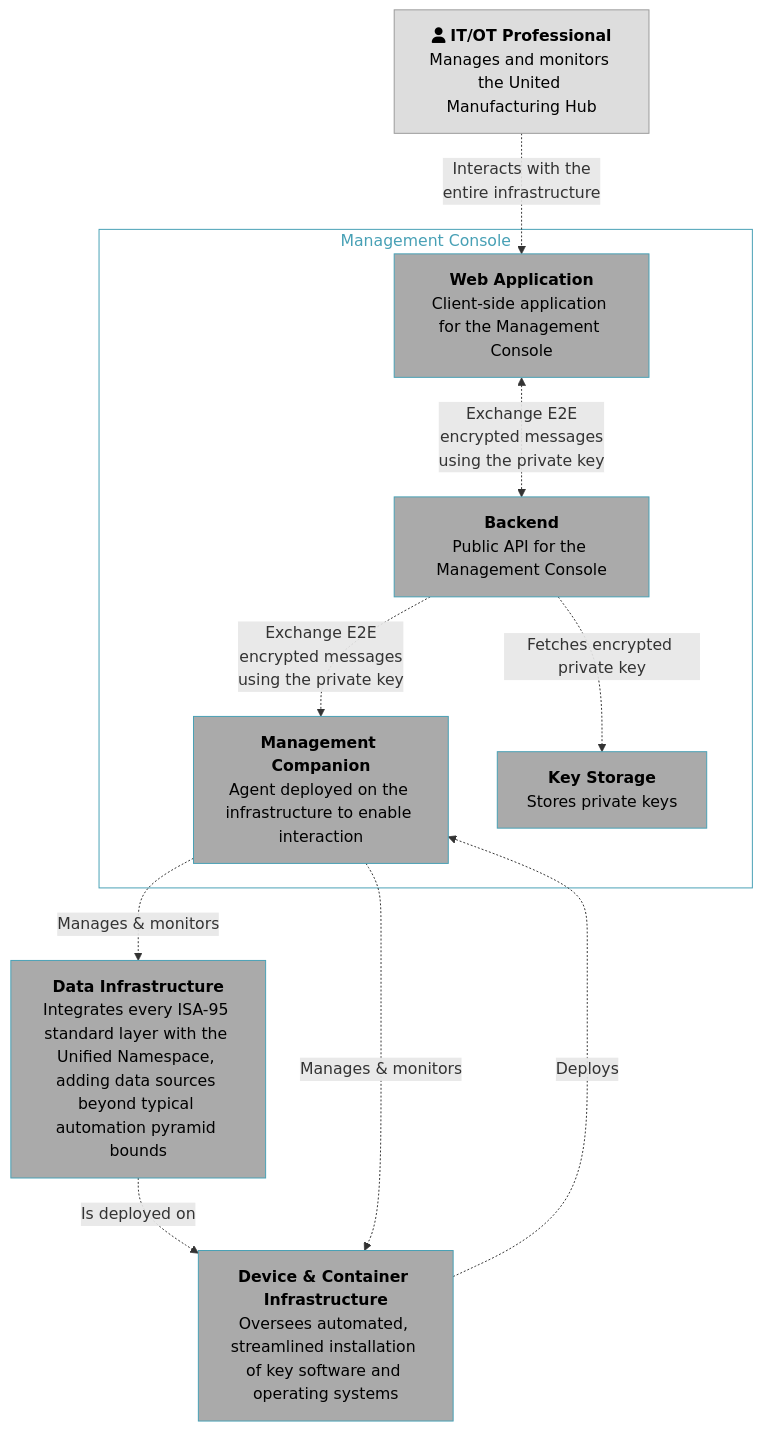
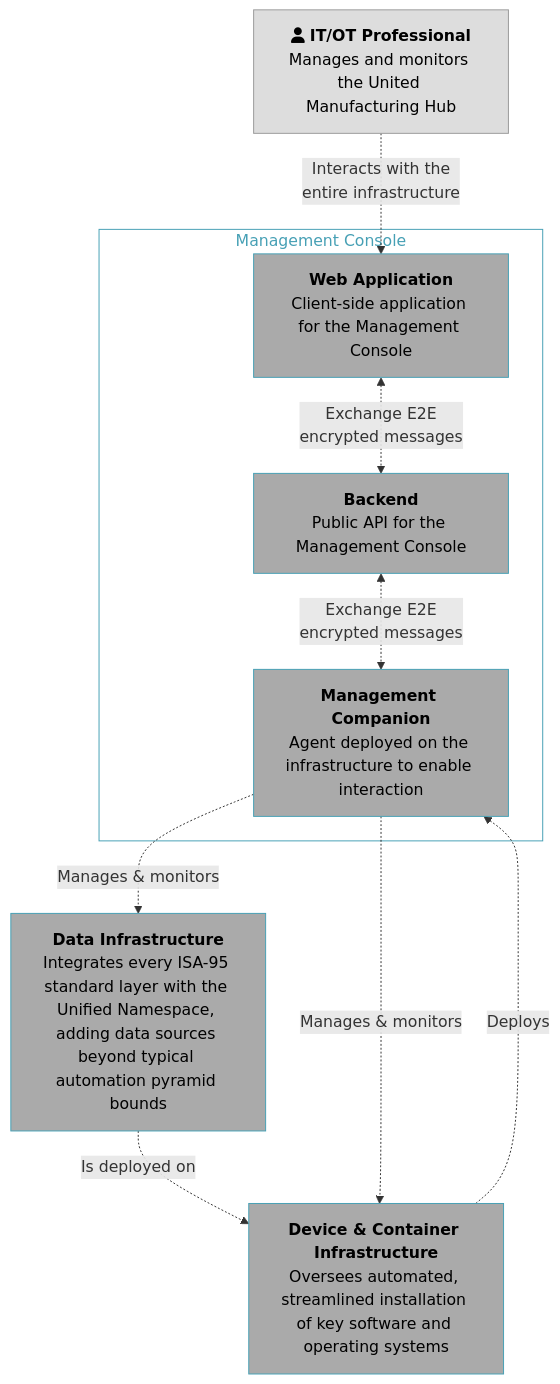
One commit to united-manufacturing-hub/umh.docs.umh.app changed the diagram in umh.docs.umh.app/content/en/docs/architecture/management-console/_index.md. Above: the diagram before and after it, drawn with Mermaid. The commit also changed other lines of this file, not shown here.

Commit message:
Remove key storage and remove private keys mentions

```diff
--- a/umh.docs.umh.app/content/en/docs/architecture/management-console/_index.md
+++ b/umh.docs.umh.app/content/en/docs/architecture/management-console/_index.md
@@ -14,43 +14,37 @@
 {{< mermaid theme="neutral" >}}
 graph TB
   27["`**Device & Container Infrastructure**
   Oversees automated, streamlined installation of key software and operating systems`"]
   style 27 fill:#aaaaaa,stroke:#47a0b5,color:#000000
   50["`**Data Infrastructure**
   Integrates every ISA-95 standard layer with the Unified Namespace, adding data sources beyond typical automation pyramid bounds`"]
   style 50 fill:#aaaaaa,stroke:#47a0b5,color:#000000
   1["`fa:fa-user **IT/OT Professional**
   Manages and monitors the United Manufacturing Hub`"]
   style 1 fill:#dddddd,stroke:#9a9a9a,color:#000000
 
   subgraph 16 [Management Console]
     style 16 fill:#ffffff,stroke:#47a0b5,color:#47a0b5
 
     17["`**Web Application**
     Client-side application for the Management Console`"]
     style 17 fill:#aaaaaa,stroke:#47a0b5,color:#000000
     18["`**Backend**
     Public API for the Management Console`"]
     style 18 fill:#aaaaaa,stroke:#47a0b5,color:#000000
     19["`**Management Companion**
     Agent deployed on the infrastructure to enable interaction`"]
     style 19 fill:#aaaaaa,stroke:#47a0b5,color:#000000
-    20["`**Key Storage**
-    Stores private keys`"]
-    style 20 fill:#aaaaaa,stroke:#47a0b5,color:#000000
   end
 
   50-. Is deployed on .->27
   19-. Manages & monitors .->27
   19-. Manages & monitors .->50
   17<-. Exchange E2E
-  encrypted messages
-  using the private key .->18
-  18-. Fetches encrypted private key .->20
-  18-. Exchange E2E
-  encrypted messages
-  using the private key .->19
+  encrypted messages .->18
+  18<-. Exchange E2E
+  encrypted messages .->19
   1-. Interacts with the
       entire infrastructure .->17
   27-. Deploys .->19
 {{< /mermaid >}}
```
